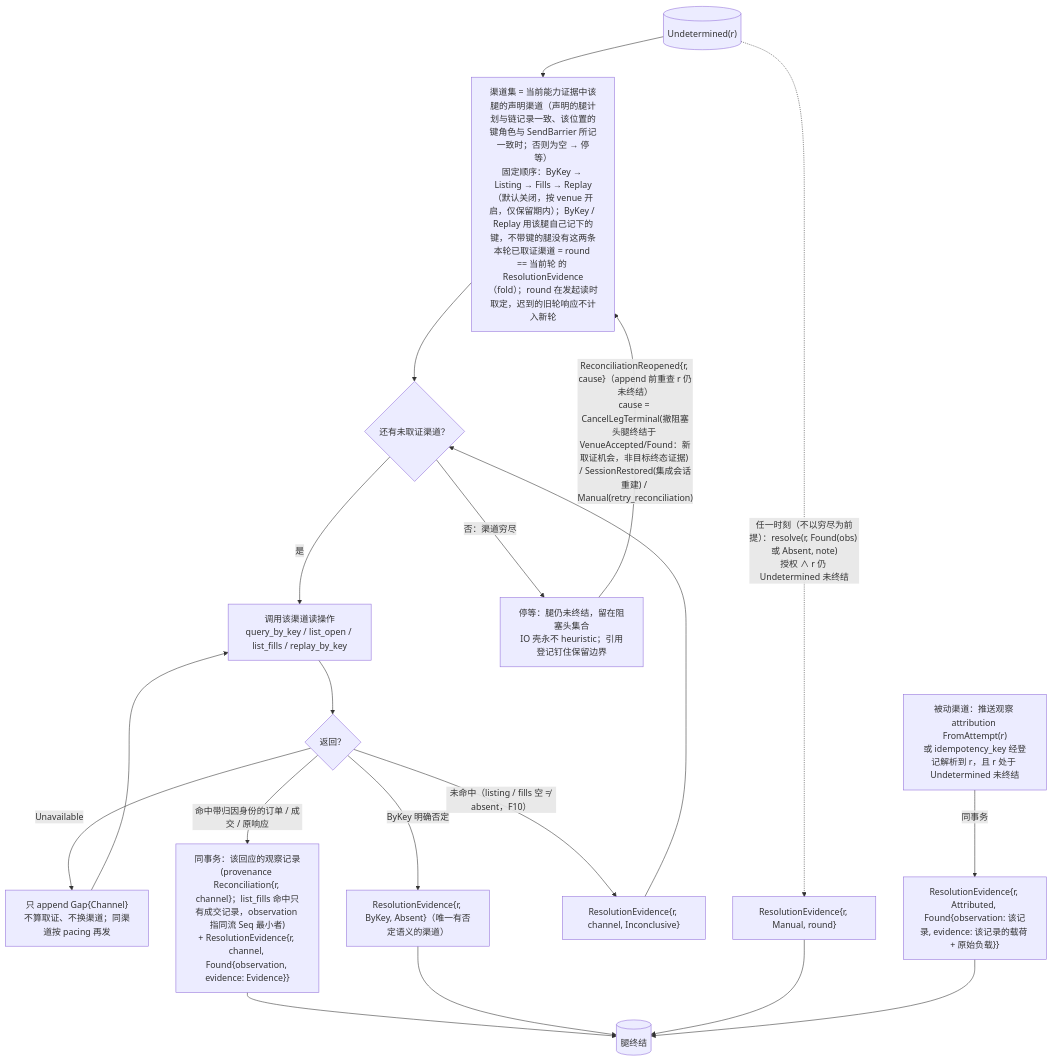
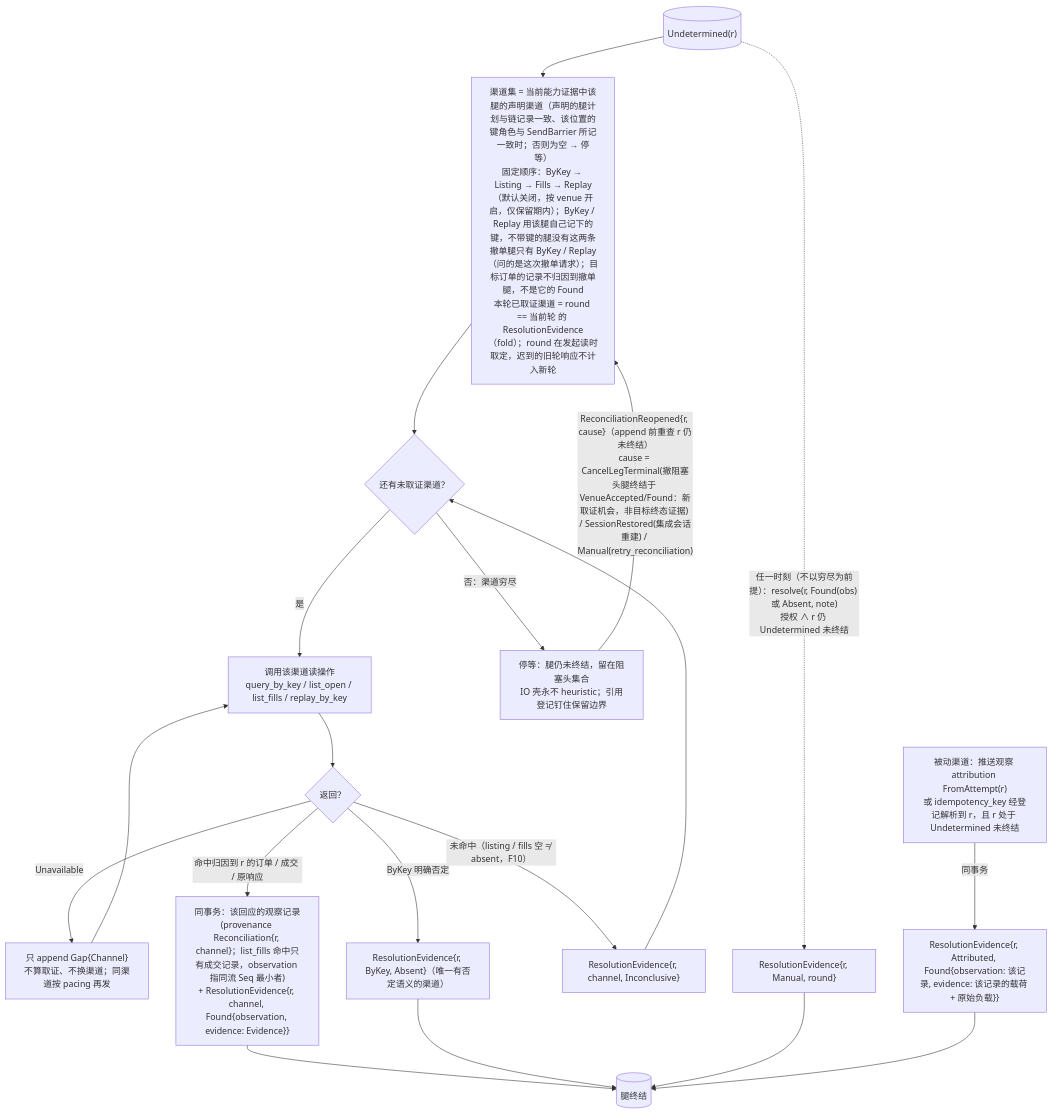
The second of 7 diagrams in design/diagrams/06-io-shell-attempt.md (mouriya-s-lab/uta), drawn with Mermaid before and after one commit. The commit also changed other lines of this file and 8 other files, not shown here.

Commit message:
design: target-terminal judgment over committed records (identity, fixed stream set, latest-observation rule, lookback on entry, deadline first), cancel-leg Found per channel, submit anchors per OperationKind, Cancel input-constraint checks

````diff
--- a/design/diagrams/06-io-shell-attempt.md
+++ b/design/diagrams/06-io-shell-attempt.md
@@ -55,22 +55,22 @@
 ```mermaid
 flowchart TB
   UD[("Undetermined(r)")]
-  UD --> CH0["渠道集 = 当前能力证据中该腿的声明渠道（声明的腿计划与链记录一致、该位置的键角色与 SendBarrier 所记一致时；否则为空 → 停等）<br/>固定顺序：ByKey → Listing → Fills → Replay（默认关闭，按 venue 开启，仅保留期内）；ByKey / Replay 用该腿自己记下的键，不带键的腿没有这两条<br/>本轮已取证渠道 = round == 当前轮 的 ResolutionEvidence（fold）；round 在发起读时取定，迟到的旧轮响应不计入新轮"]
+  UD --> CH0["渠道集 = 当前能力证据中该腿的声明渠道（声明的腿计划与链记录一致、该位置的键角色与 SendBarrier 所记一致时；否则为空 → 停等）<br/>固定顺序：ByKey → Listing → Fills → Replay（默认关闭，按 venue 开启，仅保留期内）；ByKey / Replay 用该腿自己记下的键，不带键的腿没有这两条<br/>撤单腿只有 ByKey / Replay（问的是这次撤单请求）；目标订单的记录不归因到撤单腿，不是它的 Found<br/>本轮已取证渠道 = round == 当前轮 的 ResolutionEvidence（fold）；round 在发起读时取定，迟到的旧轮响应不计入新轮"]
   CH0 --> NEXT{"还有未取证渠道？"}
   NEXT -->|"是"| CALL["调用该渠道读操作<br/>query_by_key / list_open / list_fills / replay_by_key"]
   CALL --> RES{"返回？"}
   RES -->|"Unavailable"| GAP["只 append Gap{Channel}<br/>不算取证、不换渠道；同渠道按 pacing 再发"]
   GAP --> CALL
-  RES -->|"命中带归因身份的订单 / 成交 / 原响应"| FOUND["同事务：该回应的观察记录(provenance Reconciliation{r, channel}；list_fills 命中只有成交记录，observation 指同流 Seq 最小者)<br/>+ ResolutionEvidence{r, channel, Found{observation, evidence: Evidence}}"]
+  RES -->|"命中归因到 r 的订单 / 成交 / 原响应"| FOUND["同事务：该回应的观察记录(provenance Reconciliation{r, channel}；list_fills 命中只有成交记录，observation 指同流 Seq 最小者)<br/>+ ResolutionEvidence{r, channel, Found{observation, evidence: Evidence}}"]
   RES -->|"ByKey 明确否定"| ABS["ResolutionEvidence{r, ByKey, Absent}（唯一有否定语义的渠道）"]
   RES -->|"未命中（listing / fills 空 ≠ absent，F10）"| INC["ResolutionEvidence{r, channel, Inconclusive}"]
   INC --> NEXT
   NEXT -->|"否：渠道穷尽"| WAIT["停等：腿仍未终结，留在阻塞头集合<br/>IO 壳永不 heuristic；引用登记钉住保留边界"]
   UD -.->|"任一时刻（不以穷尽为前提）：resolve(r, Found(obs) 或 Absent, note)<br/>授权 ∧ r 仍 Undetermined 未终结"| MAN["ResolutionEvidence{r, Manual, round}"]
   WAIT -->|"ReconciliationReopened{r, cause}（append 前重查 r 仍未终结）<br/>cause = CancelLegTerminal(撤阻塞头腿终结于 VenueAccepted/Found：新取证机会，非目标终态证据) / SessionRestored(集成会话重建) / Manual(retry_reconciliation)"| CH0
   ATTR["被动渠道：推送观察 attribution FromAttempt(r)<br/>或 idempotency_key 经登记解析到 r，且 r 处于 Undetermined 未终结"] -->|"同事务"| ATT["ResolutionEvidence{r, Attributed, Found{observation: 该记录, evidence: 该记录的载荷 + 原始负载}}"]
   FOUND --> RS[("腿终结")]
   ABS --> RS
   MAN --> RS
   ATT --> RS
 ```
````
